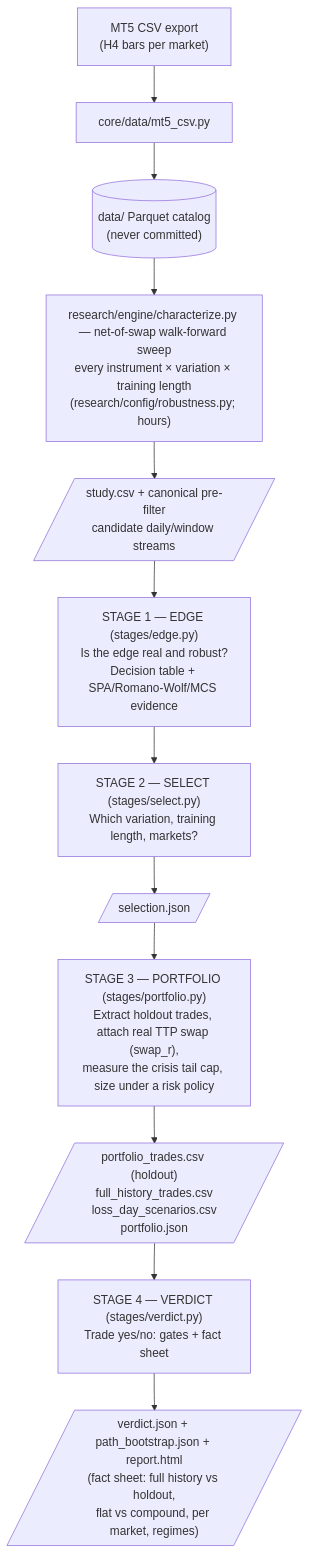
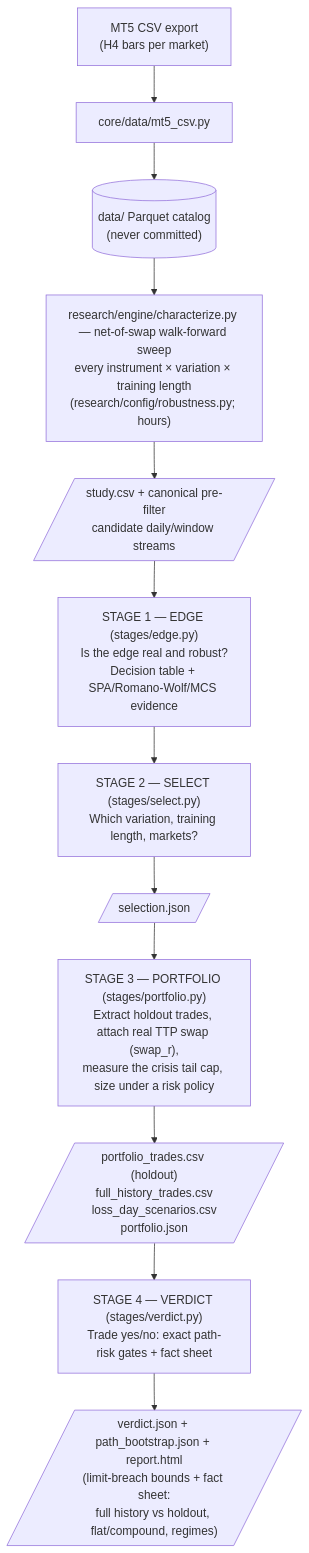
The second of 5 diagrams in docs/architecture.md (QPlus-Capital/trading-system), drawn with Mermaid before and after one commit. The commit also changed other lines of this file and 17 other files, not shown here.

Commit message:
feat(research): gate loss-day path risk

````diff
--- a/docs/architecture.md
+++ b/docs/architecture.md
@@ -61,18 +61,18 @@
 ```mermaid
 flowchart TD
     CSV["MT5 CSV export<br/>(H4 bars per market)"] --> INGEST["core/data/mt5_csv.py"]
     INGEST --> CAT[("data/ Parquet catalog<br/>(never committed)")]
 
     CAT --> SWEEP["research/engine/characterize.py — net-of-swap walk-forward sweep<br/>every instrument × variation × training length<br/>(research/config/robustness.py; hours)"]
     SWEEP --> STUDY[/"study.csv + canonical pre-filter<br/>candidate daily/window streams"/]
 
     STUDY --> S1["STAGE 1 — EDGE (stages/edge.py)<br/>Is the edge real and robust?<br/>Decision table + SPA/Romano-Wolf/MCS evidence"]
     S1 --> S2["STAGE 2 — SELECT (stages/select.py)<br/>Which variation, training length, markets?"]
     S2 --> SEL[/"selection.json"/]
 
     SEL --> S3["STAGE 3 — PORTFOLIO (stages/portfolio.py)<br/>Extract holdout trades, attach real TTP swap (swap_r),<br/>measure the crisis tail cap, size under a risk policy"]
     S3 --> PT[/"portfolio_trades.csv (holdout)<br/>full_history_trades.csv<br/>loss_day_scenarios.csv<br/>portfolio.json"/]
 
-    PT --> S4["STAGE 4 — VERDICT (stages/verdict.py)<br/>Trade yes/no: gates + fact sheet"]
-    S4 --> OUT[/"verdict.json + path_bootstrap.json + report.html<br/>(fact sheet: full history vs holdout,<br/>flat vs compound, per market, regimes)"/]
+    PT --> S4["STAGE 4 — VERDICT (stages/verdict.py)<br/>Trade yes/no: exact path-risk gates + fact sheet"]
+    S4 --> OUT[/"verdict.json + path_bootstrap.json + report.html<br/>(limit-breach bounds + fact sheet:<br/>full history vs holdout, flat/compound, regimes)"/]
 ```
````
